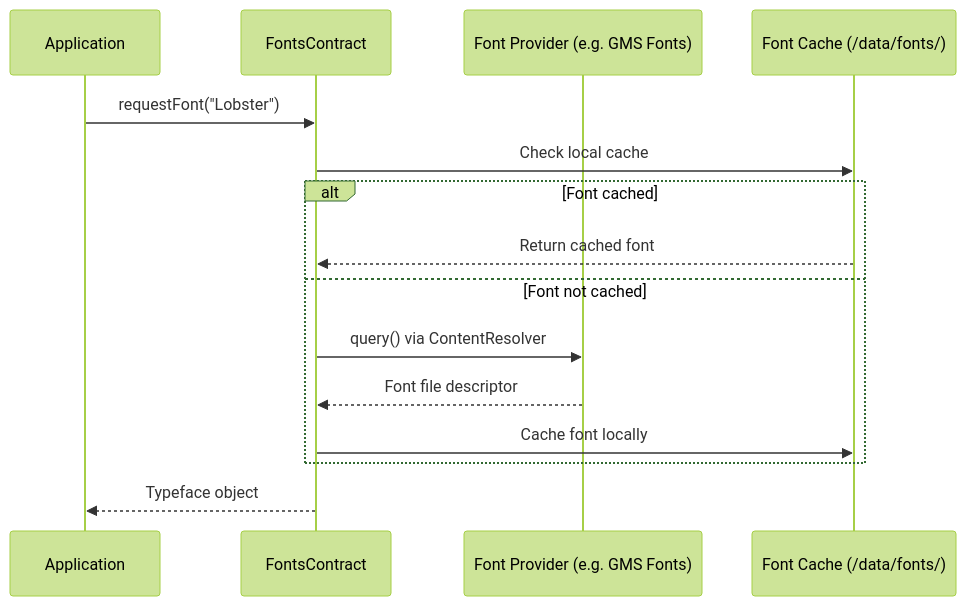
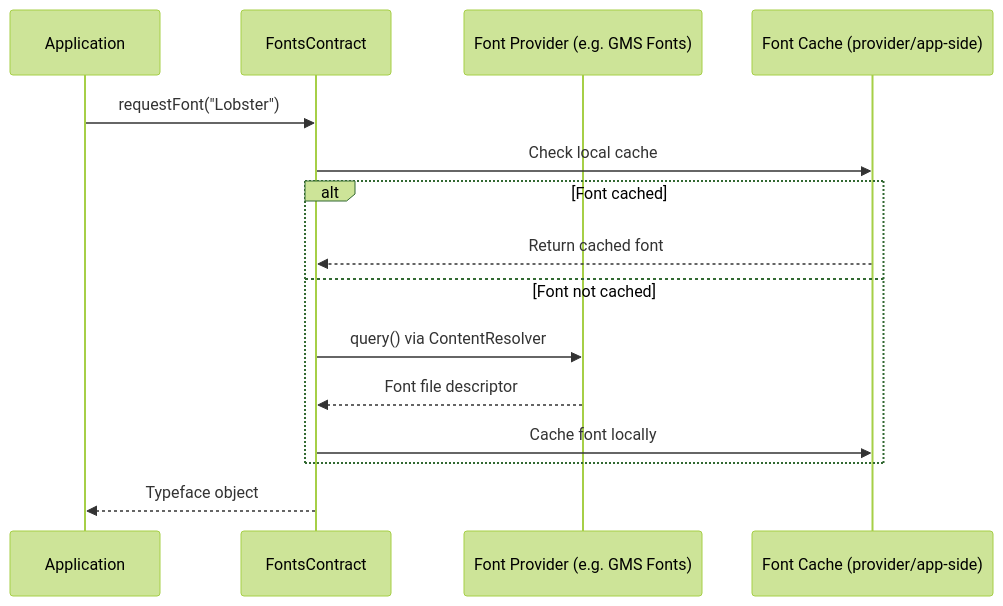
Diagram 18 of 18 in 47-internationalization.md (aospbooks/aosp-internal-book), drawn with Mermaid (forest theme) before and after one commit. The commit also changed other lines of this file and 218 other files, not shown here.

````diff
--- a/47-internationalization.md
+++ b/47-internationalization.md
@@ -1588,18 +1591,18 @@
 ```mermaid
 sequenceDiagram
     participant App as Application
     participant FContract as FontsContract
     participant Provider as Font Provider (e.g. GMS Fonts)
-    participant Cache as Font Cache (/data/fonts/)
+    participant Cache as Font Cache (provider/app-side)
 
     App->>FContract: requestFont("Lobster")
     FContract->>Cache: Check local cache
     alt Font cached
         Cache-->>FContract: Return cached font
     else Font not cached
         FContract->>Provider: query() via ContentResolver
         Provider-->>FContract: Font file descriptor
         FContract->>Cache: Cache font locally
     end
     FContract-->>App: Typeface object
 ```
````
